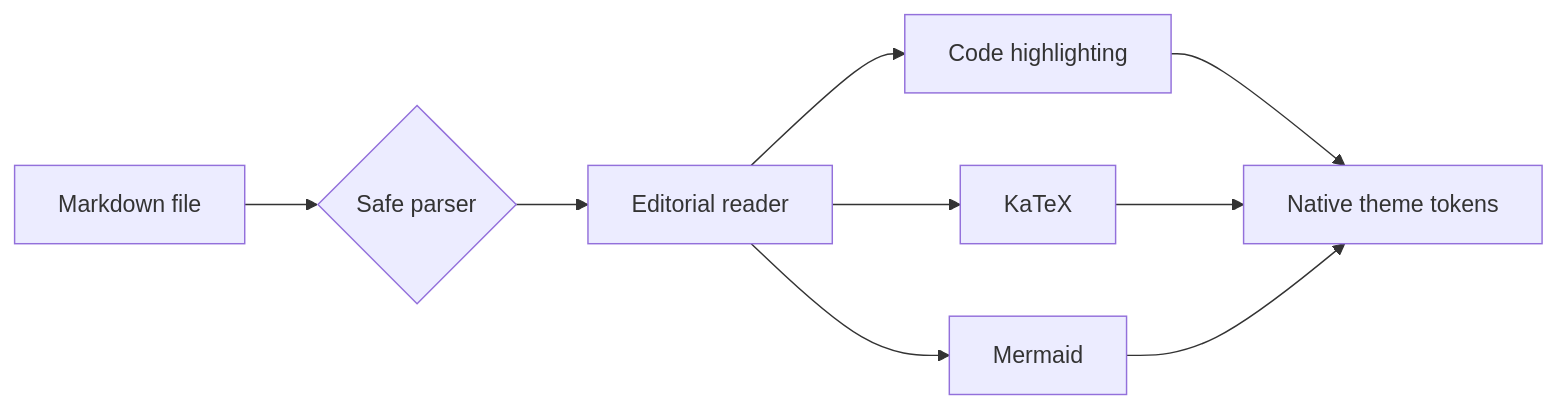
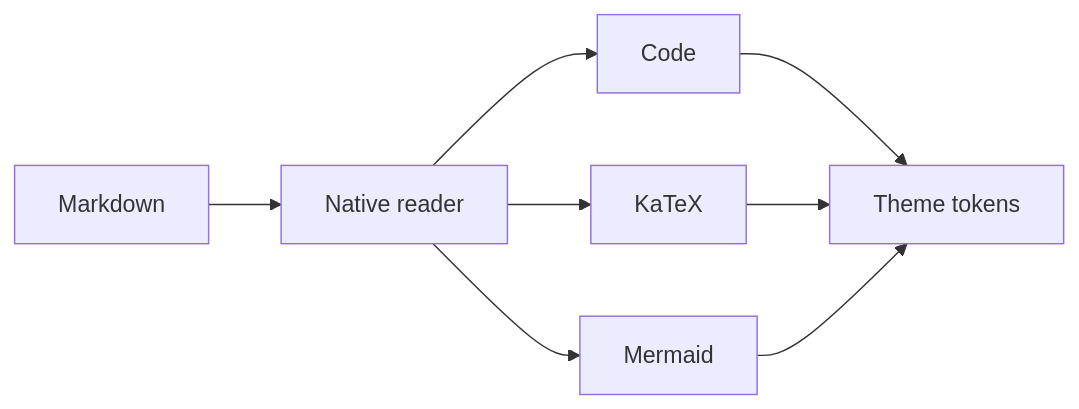
The diagram in fixtures/native-rendering-smoke.md (cybermaak/maakdown), drawn with Mermaid before and after one commit. The commit also changed other lines of this file and 2 other files, not shown here.

Commit message:
ci: refine native screenshot capture

````diff
--- a/fixtures/native-rendering-smoke.md
+++ b/fixtures/native-rendering-smoke.md
@@ -38,9 +27,8 @@
 ```mermaid
 flowchart LR
-    File["Markdown file"] --> Parser{"Safe parser"}
-    Parser --> Reader["Editorial reader"]
-    Reader --> Code["Code highlighting"]
+    File["Markdown"] --> Reader["Native reader"]
+    Reader --> Code["Code"]
     Reader --> Math["KaTeX"]
     Reader --> Diagram["Mermaid"]
-    Code & Math & Diagram --> Theme["Native theme tokens"]
+    Code & Math & Diagram --> Theme["Theme tokens"]
 ```
````
